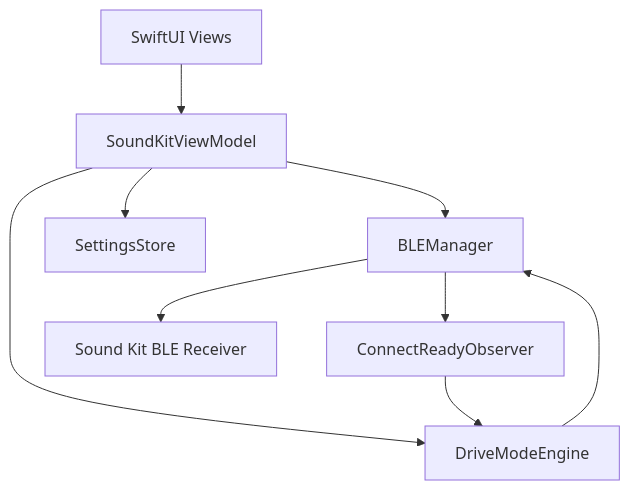
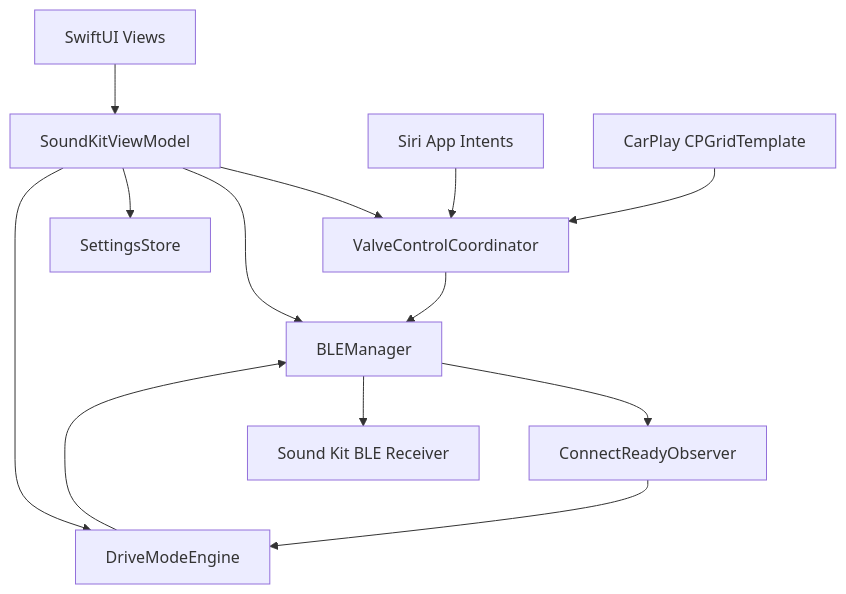
The second of 2 diagrams in SPEC.md (lukey662/akrapovic-Soundkit-Community-Edition), drawn with Mermaid before and after one commit. The commit also changed other lines of this file and 64 other files, not shown here.

First line of the commit message:
Harden native BLE control and ship car/voice surfaces.

````diff
--- a/SPEC.md
+++ b/SPEC.md
@@ -134,11 +145,15 @@
 ```mermaid
 flowchart TD
     SwiftUI[SwiftUI Views] --> VM[SoundKitViewModel]
+    Siri[Siri App Intents] --> Coordinator[ValveControlCoordinator]
+    CarPlay[CarPlay CPGridTemplate] --> Coordinator
+    VM --> Coordinator
+    Coordinator --> BLE
     VM --> BLE[BLEManager]
     VM --> Store[SettingsStore]
     VM --> Drive[DriveModeEngine]
     Drive --> BLE
     BLE --> ConnectReady[ConnectReadyObserver]
     ConnectReady --> Drive
     BLE --> Receiver[Sound Kit BLE Receiver]
 ```
````
